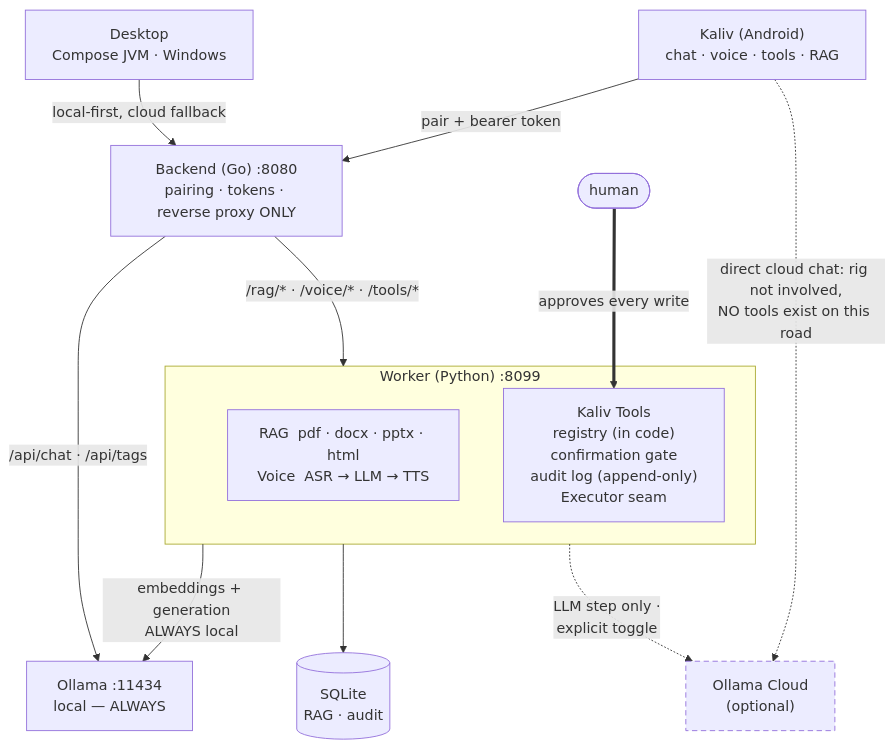
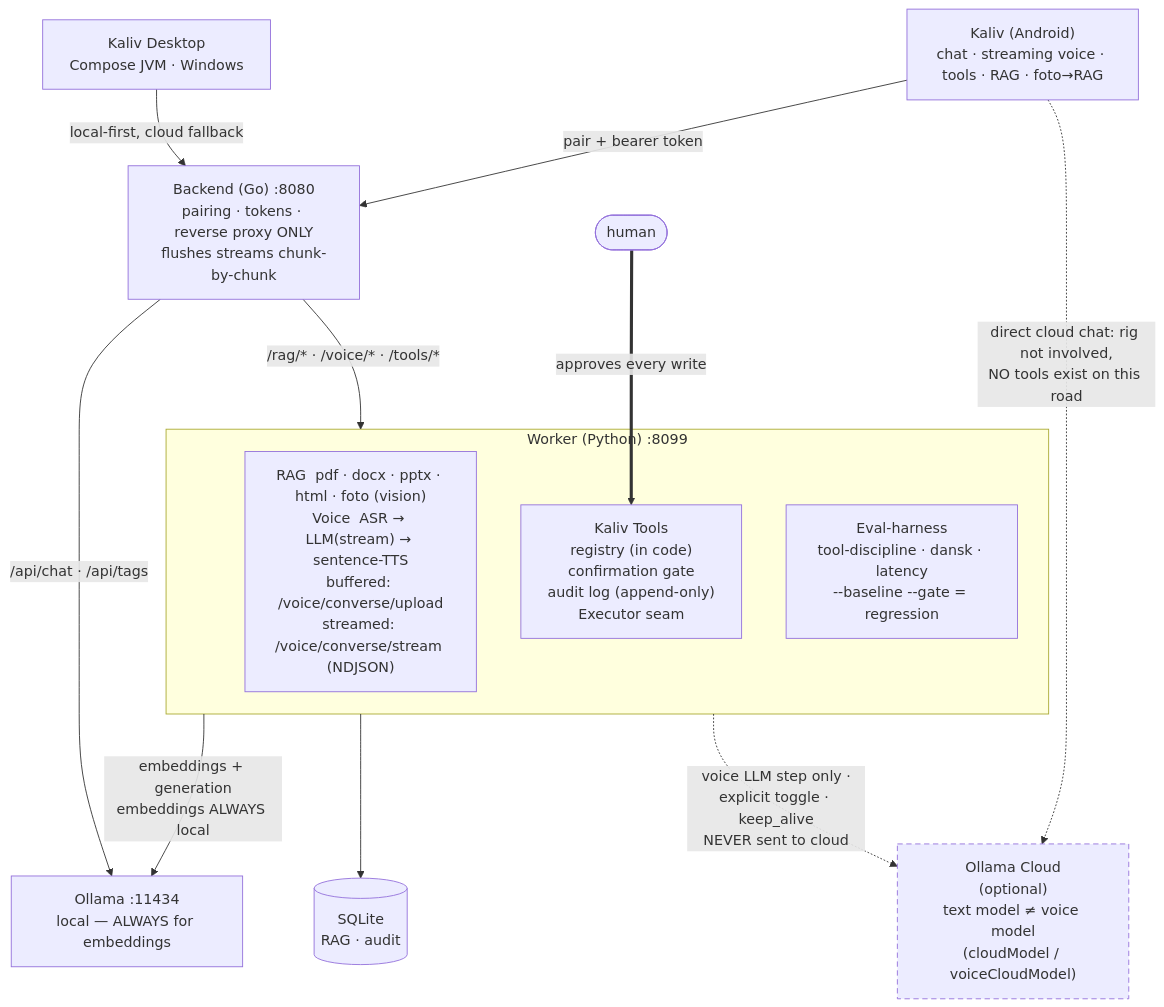
One commit to Ternedal/ModelRig changed the first of 2 diagrams in README.md. Above: the diagram before and after it, drawn with Mermaid. The commit also changed other lines of this file and 8 other files, not shown here.

First line of the commit message:
docs: bring all documentation + architecture diagram current to v1.55.0

````diff
--- a/README.md
+++ b/README.md
@@ -11,29 +16,30 @@
 ```mermaid
 flowchart TB
-    Desktop["Desktop<br/>Compose JVM · Windows"]
-    Kaliv["Kaliv (Android)<br/>chat · voice · tools · RAG"]
-    Go["Backend (Go) :8080<br/>pairing · tokens · reverse proxy ONLY"]
+    Desktop["Kaliv Desktop<br/>Compose JVM · Windows"]
+    Kaliv["Kaliv (Android)<br/>chat · streaming voice · tools · RAG · foto→RAG"]
+    Go["Backend (Go) :8080<br/>pairing · tokens · reverse proxy ONLY<br/>flushes streams chunk-by-chunk"]
 
     subgraph Worker["Worker (Python) :8099"]
-        Pipe["RAG&nbsp;&nbsp;pdf · docx · pptx · html<br/>Voice&nbsp;&nbsp;ASR → LLM → TTS"]
+        Pipe["RAG&nbsp;&nbsp;pdf · docx · pptx · html · foto (vision)<br/>Voice&nbsp;&nbsp;ASR → LLM(stream) → sentence-TTS<br/>buffered: /voice/converse/upload<br/>streamed: /voice/converse/stream (NDJSON)"]
         Tools["Kaliv Tools<br/>registry (in code)<br/>confirmation gate<br/>audit log (append-only)<br/>Executor seam"]
+        Eval["Eval-harness<br/>tool-discipline · dansk · latency<br/>--baseline --gate = regression"]
     end
 
     Human(["human"])
-    Ollama["Ollama :11434<br/>local — ALWAYS"]
+    Ollama["Ollama :11434<br/>local — ALWAYS for embeddings"]
     DB[("SQLite<br/>RAG · audit")]
-    Cloud["Ollama Cloud<br/>(optional)"]
+    Cloud["Ollama Cloud<br/>(optional)<br/>text model ≠ voice model<br/>(cloudModel / voiceCloudModel)"]
 
     Desktop -- "local-first, cloud fallback" --> Go
     Kaliv -- "pair + bearer token" --> Go
     Kaliv -. "direct cloud chat: rig not involved,<br/>NO tools exist on this road" .-> Cloud
     Go -- "/api/chat · /api/tags" --> Ollama
     Go -- "/rag/* · /voice/* · /tools/*" --> Worker
     Human == "approves every write" ==> Tools
-    Worker -- "embeddings + generation<br/>ALWAYS local" --> Ollama
+    Worker -- "embeddings + generation<br/>embeddings ALWAYS local" --> Ollama
     Worker --> DB
-    Worker -. "LLM step only ·<br/>explicit toggle" .-> Cloud
+    Worker -. "voice LLM step only ·<br/>explicit toggle · keep_alive<br/>NEVER sent to cloud" .-> Cloud
 
     classDef ext stroke-dasharray: 6 4;
     class Cloud ext;
 ```
````
